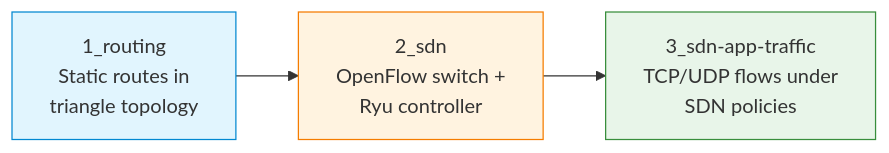
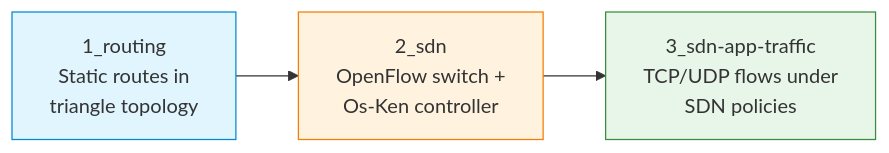
One commit to antonioclim/COMPNET-EN changed the diagram in 04_SEMINARS/S06/README.md. Above: the diagram before and after it, drawn with Mermaid. The commit also changed other lines of this file and 39 other files, not shown here.

````diff
--- a/04_SEMINARS/S06/README.md
+++ b/04_SEMINARS/S06/README.md
@@ -17,9 +17,9 @@
 ```mermaid
 flowchart LR
-    A["1_routing<br/>Static routes in<br/>triangle topology"] --> B["2_sdn<br/>OpenFlow switch +<br/>Ryu controller"]
+    A["1_routing<br/>Static routes in<br/>triangle topology"] --> B["2_sdn<br/>OpenFlow switch +<br/>Os-Ken controller"]
     B --> C["3_sdn-app-traffic<br/>TCP/UDP flows under<br/>SDN policies"]
 
     style A fill:#e1f5fe,stroke:#0288d1
     style B fill:#fff3e0,stroke:#f57c00
     style C fill:#e8f5e9,stroke:#388e3c
 ```
````
